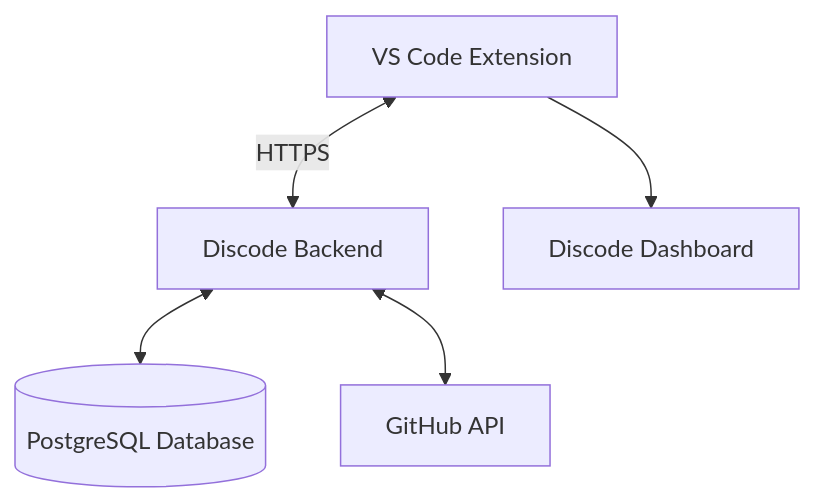
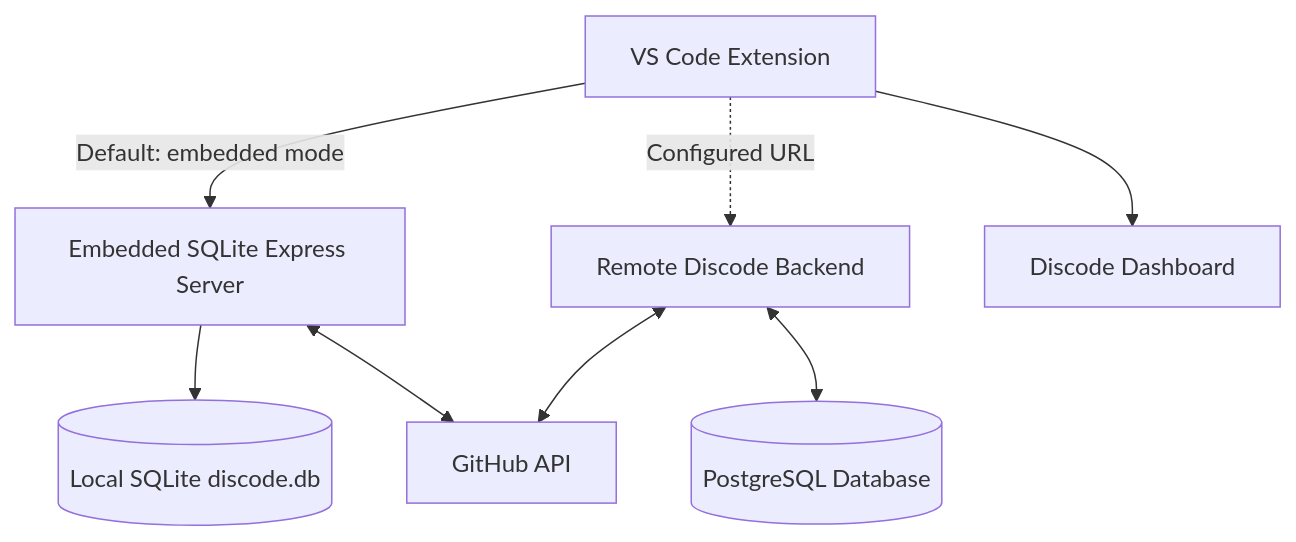
One commit to Anveshious/discode changed the diagram in README.md. Above: the diagram before and after it, drawn with Mermaid. The commit also changed other lines of this file and 12 other files, not shown here.

Commit message:
Embed SQLite backend for standalone extension operation

````diff
--- a/README.md
+++ b/README.md
@@ -189,7 +190,10 @@
 ```mermaid
 flowchart TD
-    A[VS Code Extension] <-->|HTTPS| B[Discode Backend]
-    A --> C[Discode Dashboard]
-    B <--> D[(PostgreSQL Database)]
-    B <--> E[GitHub API]
+    A[VS Code Extension] -->|Default: embedded mode| B1[Embedded SQLite Express Server]
+    B1 --> C1[(Local SQLite discode.db)]
+    A -.->|Configured URL| B2[Remote Discode Backend]
+    B2 <--> C2[(PostgreSQL Database)]
+    A --> D[Discode Dashboard]
+    B1 <--> E[GitHub API]
+    B2 <--> E
 ```
````
